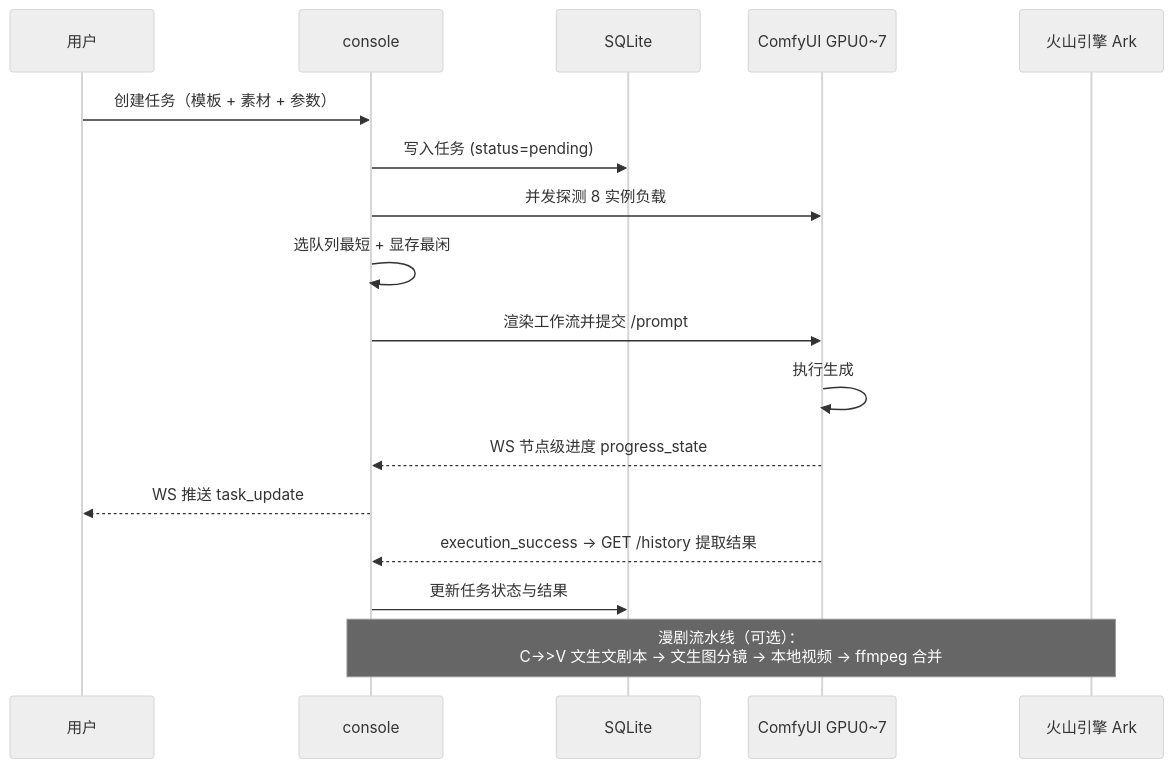
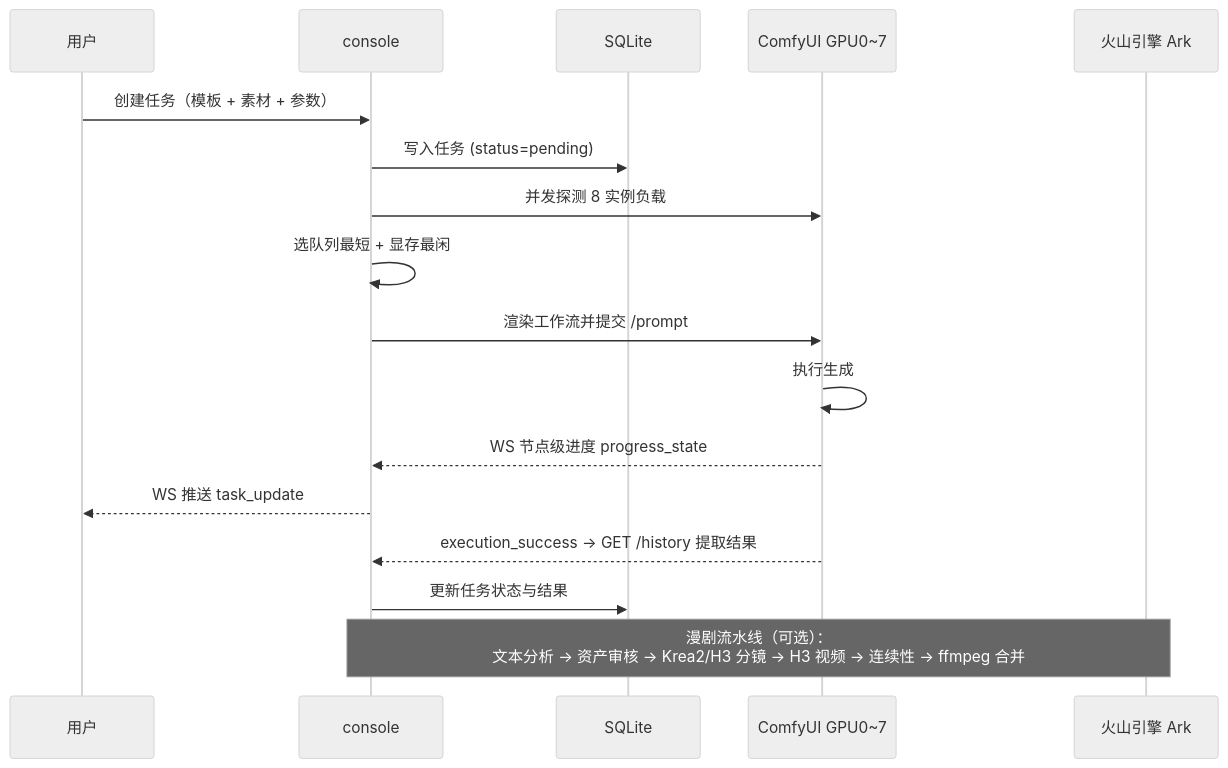
The second of 2 diagrams in README.md (mickeylan/new-aigc-comfyui-minimax-h3), drawn with Mermaid (neutral theme) before and after one commit. The commit also changed other lines of this file, not shown here.

````diff
--- a/README.md
+++ b/README.md
@@ -113,21 +115,21 @@
 ```mermaid
 sequenceDiagram
     participant U as 用户
     participant C as console
     participant S as SQLite
     participant F as ComfyUI GPU0~7
     participant V as 火山引擎 Ark
 
     U->>C: 创建任务（模板 + 素材 + 参数）
     C->>S: 写入任务 (status=pending)
     C->>F: 并发探测 8 实例负载
     C->>C: 选队列最短 + 显存最闲
     C->>F: 渲染工作流并提交 /prompt
     F->>F: 执行生成
     F-->>C: WS 节点级进度 progress_state
     C-->>U: WS 推送 task_update
     F-->>C: execution_success → GET /history 提取结果
     C->>S: 更新任务状态与结果
 
-    Note over C,V: 漫剧流水线（可选）：<br/>C->>V 文生文剧本 → 文生图分镜 → 本地视频 → ffmpeg 合并
+    Note over C,V: 漫剧流水线（可选）：<br/>文本分析 → 资产审核 → Krea2/H3 分镜 → H3 视频 → 连续性 → ffmpeg 合并
 ```
````
